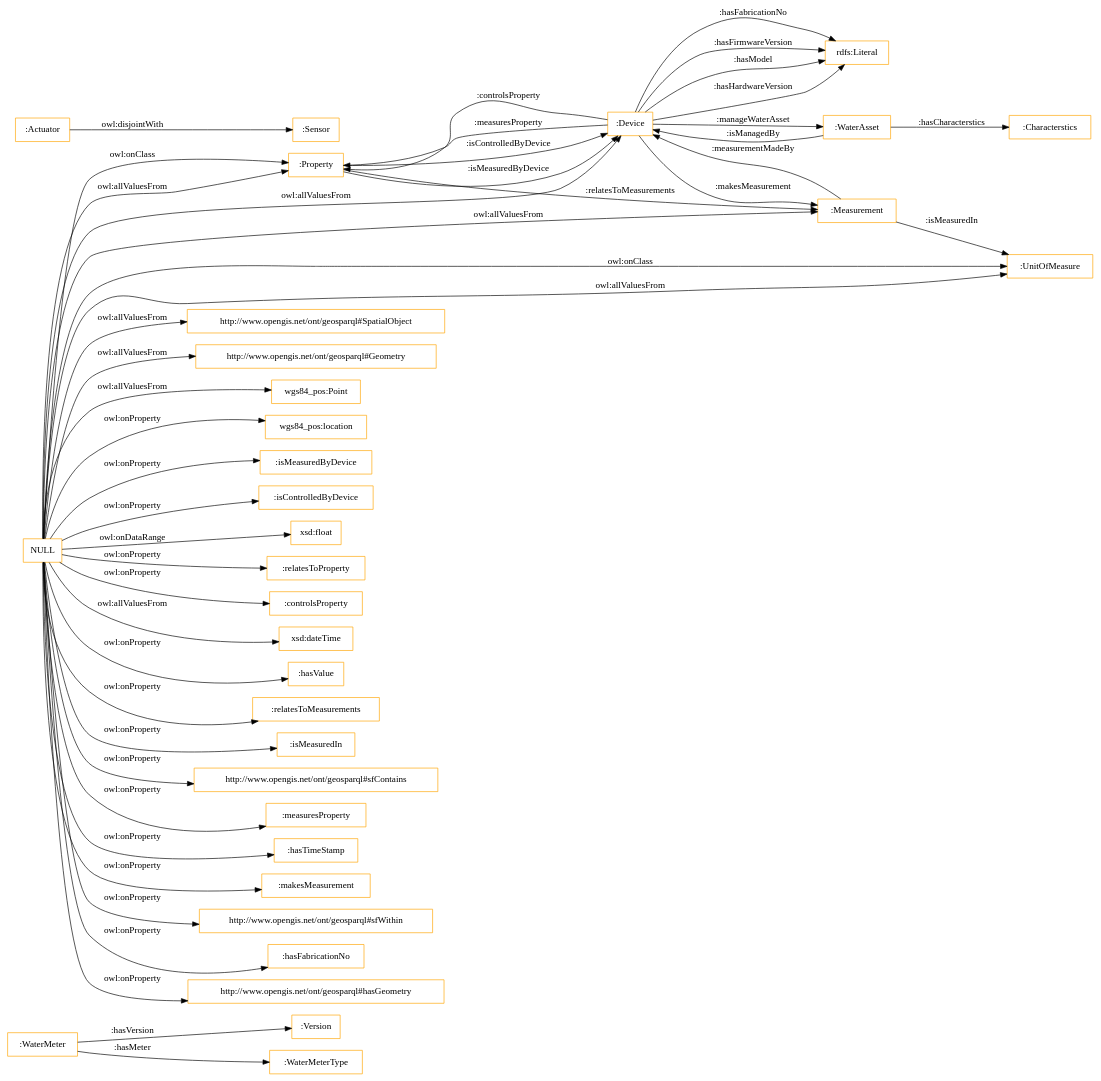
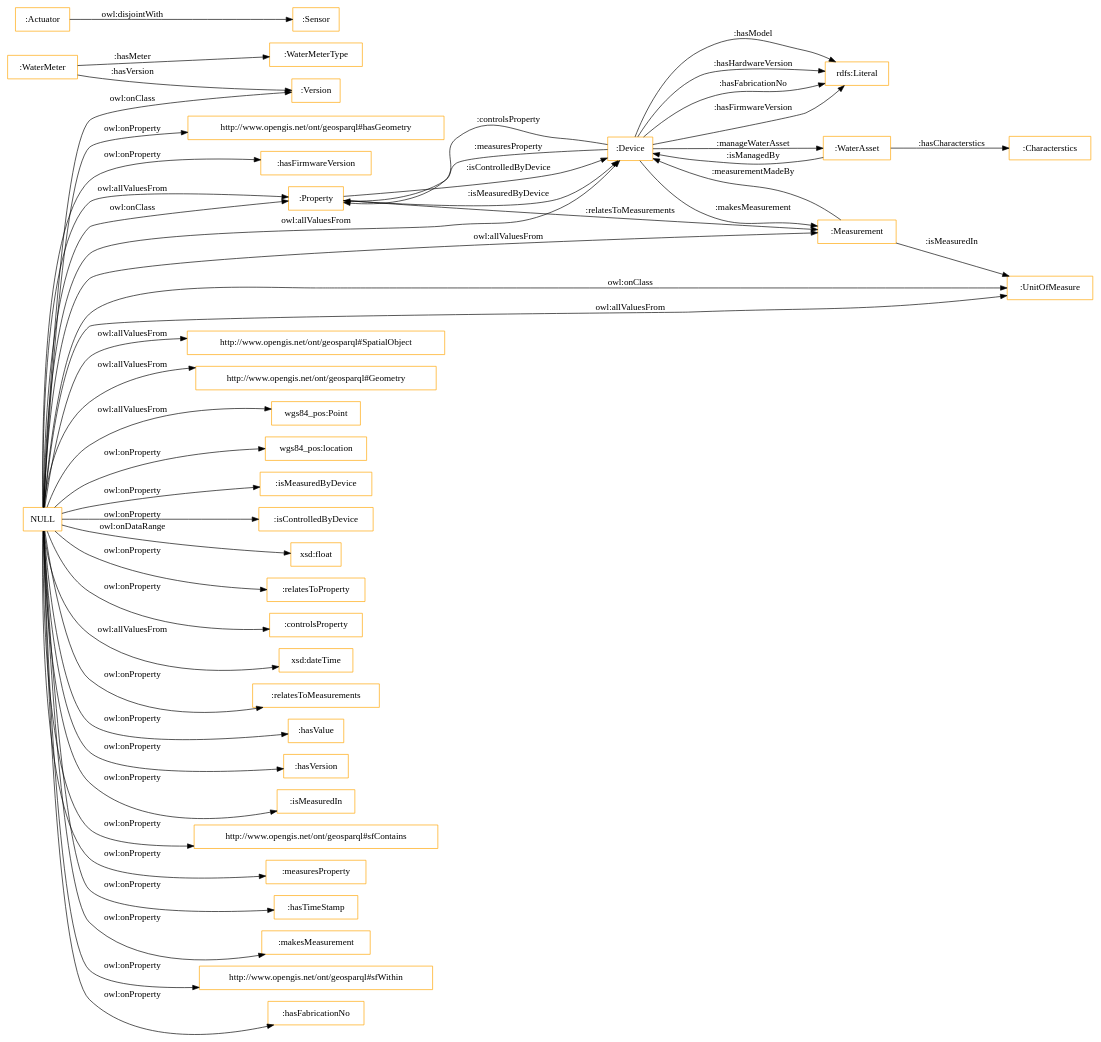
The diagram in OnToology/S4Water.owl/diagrams/ar2dtool-class/S4Water.owl.png.dot (tiwari2019/S4WATR-1), drawn with Graphviz before and after one commit. The commit also changed 9 other files, not shown here.

```diff
--- a/OnToology/S4Water.owl/diagrams/ar2dtool-class/S4Water.owl.png.dot
+++ b/OnToology/S4Water.owl/diagrams/ar2dtool-class/S4Water.owl.png.dot
@@ -1,50 +1,53 @@
 digraph ar2dtool_diagram { 
 rankdir=LR;
 size="1501"
 node [shape = rectangle, color="orange"]; ":Version" ":Property" ":WaterMeterType" ":WaterAsset" ":Sensor" ":WaterMeter" ":Device" "http://www.opengis.net/ont/geosparql#SpatialObject" "http://www.opengis.net/ont/geosparql#Geometry" ":UnitOfMeasure" "wgs84_pos:Point" ":Measurement" ":Characterstics" ":Actuator" ; /*classes style*/
 	"NULL" -> "wgs84_pos:location" [ label = "owl:onProperty" ];
 	"NULL" -> "wgs84_pos:Point" [ label = "owl:allValuesFrom" ];
 	"NULL" -> ":isMeasuredByDevice" [ label = "owl:onProperty" ];
 	"NULL" -> ":isControlledByDevice" [ label = "owl:onProperty" ];
 	"NULL" -> ":Measurement" [ label = "owl:allValuesFrom" ];
 	"NULL" -> "xsd:float" [ label = "owl:onDataRange" ];
 	"NULL" -> "http://www.opengis.net/ont/geosparql#Geometry" [ label = "owl:allValuesFrom" ];
 	"NULL" -> ":relatesToProperty" [ label = "owl:onProperty" ];
 	"NULL" -> ":controlsProperty" [ label = "owl:onProperty" ];
 	"NULL" -> "xsd:dateTime" [ label = "owl:allValuesFrom" ];
+	"NULL" -> ":Version" [ label = "owl:onClass" ];
+	"NULL" -> "http://www.opengis.net/ont/geosparql#SpatialObject" [ label = "owl:allValuesFrom" ];
+	"NULL" -> ":relatesToMeasurements" [ label = "owl:onProperty" ];
+	"NULL" -> ":Property" [ label = "owl:onClass" ];
 	"NULL" -> ":hasValue" [ label = "owl:onProperty" ];
-	"NULL" -> ":relatesToMeasurements" [ label = "owl:onProperty" ];
-	"NULL" -> "http://www.opengis.net/ont/geosparql#SpatialObject" [ label = "owl:allValuesFrom" ];
-	"NULL" -> ":Property" [ label = "owl:onClass" ];
 	"NULL" -> ":UnitOfMeasure" [ label = "owl:allValuesFrom" ];
+	"NULL" -> ":hasVersion" [ label = "owl:onProperty" ];
 	"NULL" -> ":UnitOfMeasure" [ label = "owl:onClass" ];
 	"NULL" -> ":isMeasuredIn" [ label = "owl:onProperty" ];
 	"NULL" -> "http://www.opengis.net/ont/geosparql#sfContains" [ label = "owl:onProperty" ];
 	"NULL" -> ":measuresProperty" [ label = "owl:onProperty" ];
 	"NULL" -> ":hasTimeStamp" [ label = "owl:onProperty" ];
 	"NULL" -> ":makesMeasurement" [ label = "owl:onProperty" ];
 	"NULL" -> "http://www.opengis.net/ont/geosparql#sfWithin" [ label = "owl:onProperty" ];
+	"NULL" -> ":Property" [ label = "owl:allValuesFrom" ];
 	"NULL" -> ":hasFabricationNo" [ label = "owl:onProperty" ];
-	"NULL" -> ":Property" [ label = "owl:allValuesFrom" ];
 	"NULL" -> "http://www.opengis.net/ont/geosparql#hasGeometry" [ label = "owl:onProperty" ];
 	"NULL" -> ":Device" [ label = "owl:allValuesFrom" ];
+	"NULL" -> ":hasFirmwareVersion" [ label = "owl:onProperty" ];
 	":Actuator" -> ":Sensor" [ label = "owl:disjointWith" ];
 	":WaterAsset" -> ":Characterstics" [ label = ":hasCharacterstics" ];
 	":Measurement" -> ":Device" [ label = ":measurementMadeBy" ];
 	":Device" -> ":WaterAsset" [ label = ":manageWaterAsset" ];
 	":Device" -> "rdfs:Literal" [ label = ":hasModel" ];
 	":Property" -> ":Device" [ label = ":isControlledByDevice" ];
 	":Device" -> "rdfs:Literal" [ label = ":hasHardwareVersion" ];
 	":WaterMeter" -> ":Version" [ label = ":hasVersion" ];
 	":Property" -> ":Measurement" [ label = ":relatesToMeasurements" ];
 	":Device" -> ":Measurement" [ label = ":makesMeasurement" ];
 	":Device" -> "rdfs:Literal" [ label = ":hasFabricationNo" ];
 	":Device" -> "rdfs:Literal" [ label = ":hasFirmwareVersion" ];
 	":Device" -> ":Property" [ label = ":controlsProperty" ];
 	":WaterAsset" -> ":Device" [ label = ":isManagedBy" ];
 	":Property" -> ":Device" [ label = ":isMeasuredByDevice" ];
 	":WaterMeter" -> ":WaterMeterType" [ label = ":hasMeter" ];
 	":Measurement" -> ":UnitOfMeasure" [ label = ":isMeasuredIn" ];
 	":Device" -> ":Property" [ label = ":measuresProperty" ];
 
 }
```
